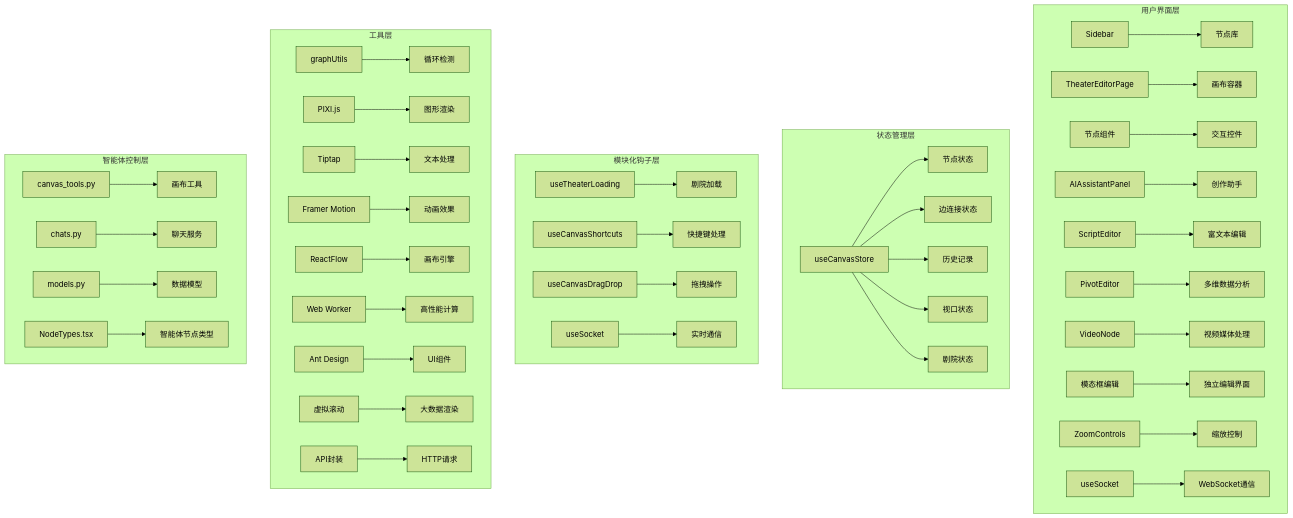
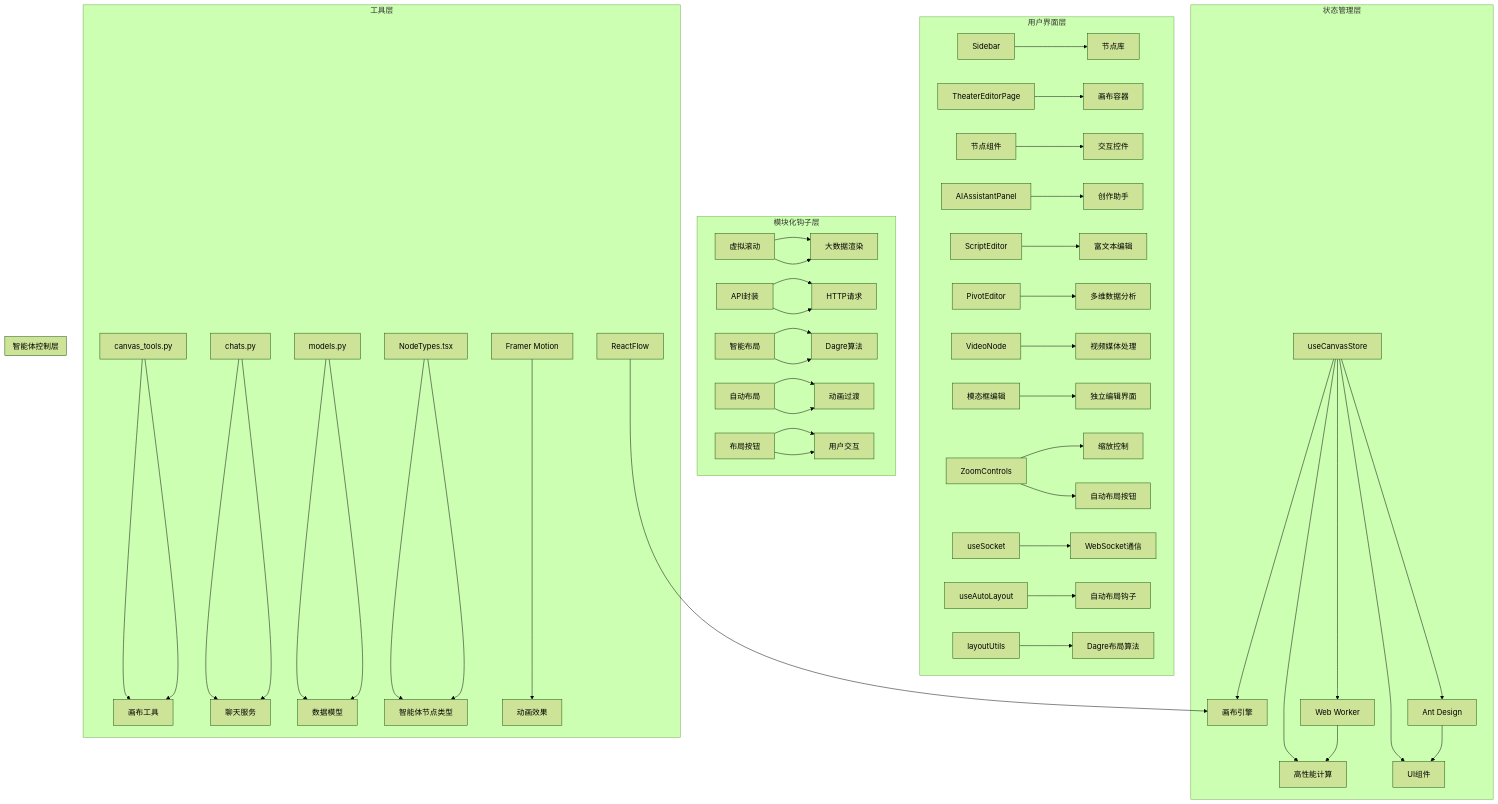
One commit to KunLabAI/KunFlix changed the second of 35 diagrams in .qoder/repowiki/zh/content/系统架构/前端架构/画布故事编辑器.md. Above: the diagram before and after it, drawn with Mermaid (forest theme). The commit also changed other lines of this file and 27 other files, not shown here.

````diff
--- a/.qoder/repowiki/zh/content/系统架构/前端架构/画布故事编辑器.md
+++ b/.qoder/repowiki/zh/content/系统架构/前端架构/画布故事编辑器.md
@@ -183,45 +194,53 @@
 ```mermaid
 graph TB
 subgraph "用户界面层"
 A[Sidebar] --> B[节点库]
 C[TheaterEditorPage] --> D[画布容器]
 E[节点组件] --> F[交互控件]
 G[AIAssistantPanel] --> H[创作助手]
 I[ScriptEditor] --> J[富文本编辑]
 K[PivotEditor] --> L[多维数据分析]
 M[VideoNode] --> N[视频媒体处理]
 O[模态框编辑] --> P[独立编辑界面]
 Q[ZoomControls] --> R[缩放控制]
-S[useSocket] --> T[WebSocket通信]
+Q --> S[自动布局按钮]
+T[useSocket] --> U[WebSocket通信]
+V[useAutoLayout] --> W[自动布局钩子]
+X[layoutUtils] --> Y[Dagre布局算法]
 end
 subgraph "状态管理层"
-U[useCanvasStore] --> V[节点状态]
-U --> W[边连接状态]
-U --> X[历史记录]
-U --> Y[视口状态]
-U --> Z[剧院状态]
+Z[useCanvasStore] --> AA[节点状态]
+Z --> BB[边连接状态]
+Z --> CC[历史记录]
+Z --> DD[视口状态]
+Z --> EE[剧院状态]
 end
 subgraph "模块化钩子层"
-AA[useTheaterLoading] --> BB[剧院加载]
-CC[useCanvasShortcuts] --> DD[快捷键处理]
-EE[useCanvasDragDrop] --> FF[拖拽操作]
-GG[useSocket] --> HH[实时通信]
+FF[useTheaterLoading] --> GG[剧院加载]
+HH[useCanvasShortcuts] --> II[快捷键处理]
+JJ[useCanvasDragDrop] --> KK[拖拽操作]
+LL[useAutoLayout] --> MM[自动布局]
+NN[useSocket] --> OO[实时通信]
 end
 subgraph "工具层"
-II[graphUtils] --> JJ[循环检测]
-KK[PIXI.js] --> LL[图形渲染]
-MM[Tiptap] --> NN[文本处理]
-OO[Framer Motion] --> PP[动画效果]
-QQ[ReactFlow] --> RR[画布引擎]
-SS[Web Worker] --> TT[高性能计算]
-UU[Ant Design] --> VV[UI组件]
-WW[虚拟滚动] --> XX[大数据渲染]
-YY[API封装] --> ZZ[HTTP请求]
+PP[graphUtils] --> QQ[循环检测]
+RR[layoutUtils] --> SS[Dagre算法]
+TT[PIXI.js] --> UU[图形渲染]
+VV[Tiptap] --> WW[文本处理]
+XX[Framer Motion] --> YY[动画效果]
+ZZ[ReactFlow] --> AA[画布引擎]
+BB[Web Worker] --> CC[高性能计算]
+DD[Ant Design] --> EE[UI组件]
+FF[虚拟滚动] --> GG[大数据渲染]
+HH[API封装] --> II[HTTP请求]
+JJ[智能布局] --> KK[Dagre算法]
+LL[自动布局] --> MM[动画过渡]
+NN[布局按钮] --> OO[用户交互]
 end
 subgraph "智能体控制层"
-AAA[canvas_tools.py] --> BBB[画布工具]
-CCC[chats.py] --> DDD[聊天服务]
-EEE[models.py] --> FFF[数据模型]
-GGG[NodeTypes.tsx] --> HHH[智能体节点类型]
+PP[canvas_tools.py] --> QQ[画布工具]
+RR[chats.py] --> SS[聊天服务]
+TT[models.py] --> UU[数据模型]
+VV[NodeTypes.tsx] --> WW[智能体节点类型]
 end
 ```
````
